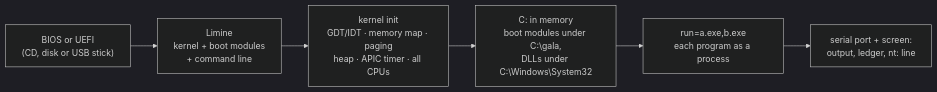
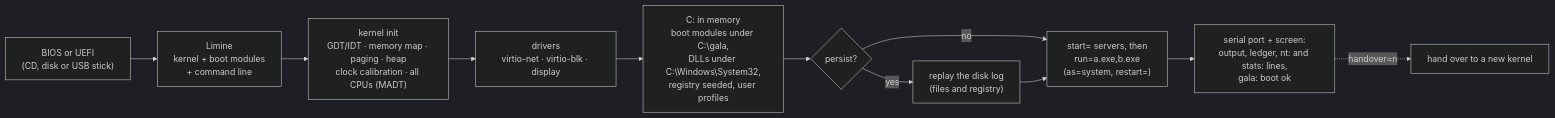
One commit to bjorn-ali-goransson/gala-os changed the second of 12 diagrams in README.md. Above: the diagram before and after it, drawn with Mermaid (dark theme). The commit also changed other lines of this file and 3 other files, not shown here.

First line of the commit message:
Docs: README brought up to date, diagrams expanded, stale facts fixed

````diff
--- a/README.md
+++ b/README.md
@@ -146,8 +222,13 @@
 ```mermaid
 flowchart LR
     fw["BIOS or UEFI<br/>(CD, disk or USB stick)"] --> limine["Limine<br/>kernel + boot modules<br/>+ command line"]
-    limine --> init["kernel init<br/>GDT/IDT · memory map · paging<br/>heap · APIC timer · all CPUs"]
-    init --> fsinit["C: in memory<br/>boot modules under C:\gala,<br/>DLLs under C:\Windows\System32"]
-    fsinit --> run["run=a.exe,b.exe<br/>each program as a process"]
-    run --> log["serial port + screen:<br/>output, ledger, nt: line"]
+    limine --> init["kernel init<br/>GDT/IDT · memory map · paging · heap<br/>clock calibration · all CPUs (MADT)"]
+    init --> drv["drivers<br/>virtio-net · virtio-blk · display"]
+    drv --> fsinit["C: in memory<br/>boot modules under C:\gala,<br/>DLLs under C:\Windows\System32,<br/>registry seeded, user profiles"]
+    fsinit --> persist{"persist?"}
+    persist -- yes --> replay["replay the disk log<br/>(files and registry)"]
+    persist -- no --> run
+    replay --> run["start= servers, then<br/>run=a.exe,b.exe<br/>(as=system, restart=)"]
+    run --> log["serial port + screen:<br/>output, ledger, nt: and stats: lines,<br/>gala: boot ok"]
+    log -. "handover=n" .-> handover["hand over to a new kernel"]
 ```
````
